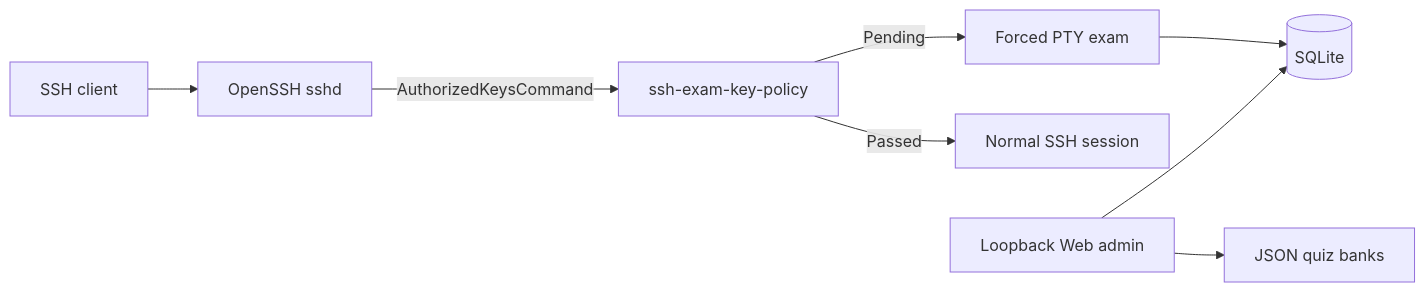
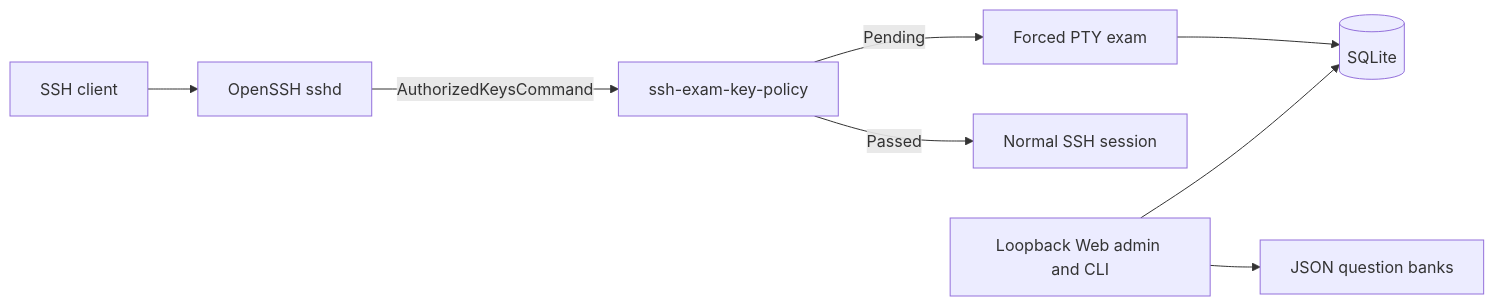
Before and after one commit to huluhuluu/ssh-exam: the diagram in README.md, drawn with Mermaid. The commit also changed other lines of this file and 23 other files, not shown here.

````diff
--- a/README.md
+++ b/README.md
@@ -43,10 +45,10 @@
 ```mermaid
 flowchart LR
     C[SSH client] --> S[OpenSSH sshd]
     S -->|AuthorizedKeysCommand| P[ssh-exam-key-policy]
     P -->|Pending| T[Forced PTY exam]
     T --> D[(SQLite)]
     P -->|Passed| H[Normal SSH session]
-    A[Loopback Web admin] --> D
-    A --> Q[JSON quiz banks]
+    A[Loopback Web admin and CLI] --> D
+    A --> Q[JSON question banks]
 ```
````
